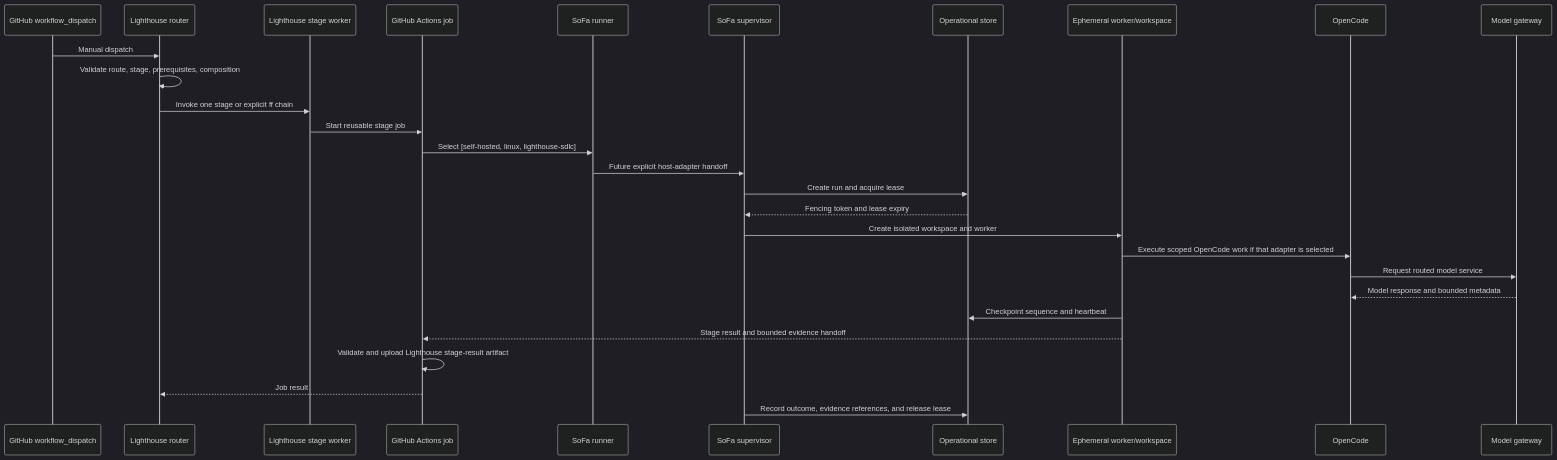
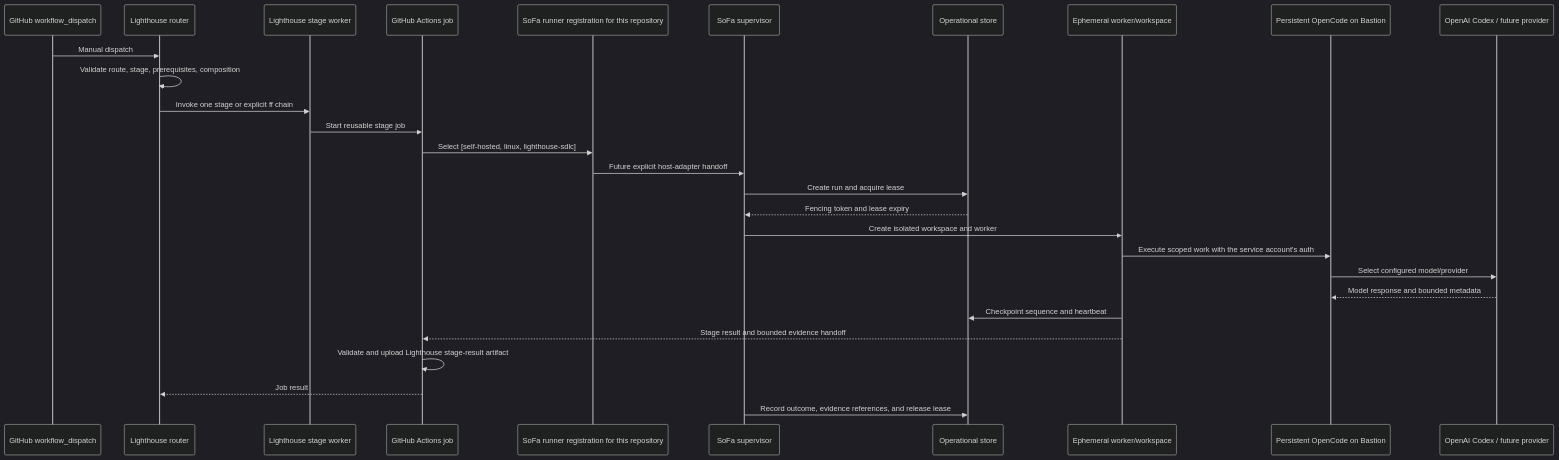
Before and after one commit to juangcarmona/sofa: the second of 3 diagrams in docs/architecture/06-runtime-view/README.md, drawn with Mermaid (dark theme). The commit also changed other lines of this file and 16 other files, not shown here.

Commit message:
docs(architecture): define Bastion OpenCode Codex boundary

````diff
--- a/docs/architecture/06-runtime-view/README.md
+++ b/docs/architecture/06-runtime-view/README.md
@@ -37,31 +40,32 @@
 ```mermaid
 sequenceDiagram
+    accTitle: Target supervised execution with a SoFa adapter
     participant GH as GitHub workflow_dispatch
     participant R as Lighthouse router
     participant W as Lighthouse stage worker
     participant A as GitHub Actions job
-    participant SR as SoFa runner
+    participant SR as SoFa runner registration for this repository
     participant SS as SoFa supervisor
     participant DB as Operational store
     participant X as Ephemeral worker/workspace
-    participant O as OpenCode
-    participant G as Model gateway
+    participant O as Persistent OpenCode on Bastion
+    participant P as OpenAI Codex / future provider
 
     GH->>R: Manual dispatch
     R->>R: Validate route, stage, prerequisites, composition
     R->>W: Invoke one stage or explicit ff chain
     W->>A: Start reusable stage job
     A->>SR: Select [self-hosted, linux, lighthouse-sdlc]
     SR->>SS: Future explicit host-adapter handoff
     SS->>DB: Create run and acquire lease
     DB-->>SS: Fencing token and lease expiry
     SS->>X: Create isolated workspace and worker
-    X->>O: Execute scoped OpenCode work if that adapter is selected
-    O->>G: Request routed model service
-    G-->>O: Model response and bounded metadata
+    X->>O: Execute scoped work with the service account's auth
+    O->>P: Select configured model/provider
+    P-->>O: Model response and bounded metadata
     X->>DB: Checkpoint sequence and heartbeat
     X-->>A: Stage result and bounded evidence handoff
     A->>A: Validate and upload Lighthouse stage-result artifact
     A-->>R: Job result
     SS->>DB: Record outcome, evidence references, and release lease
 ```
````
